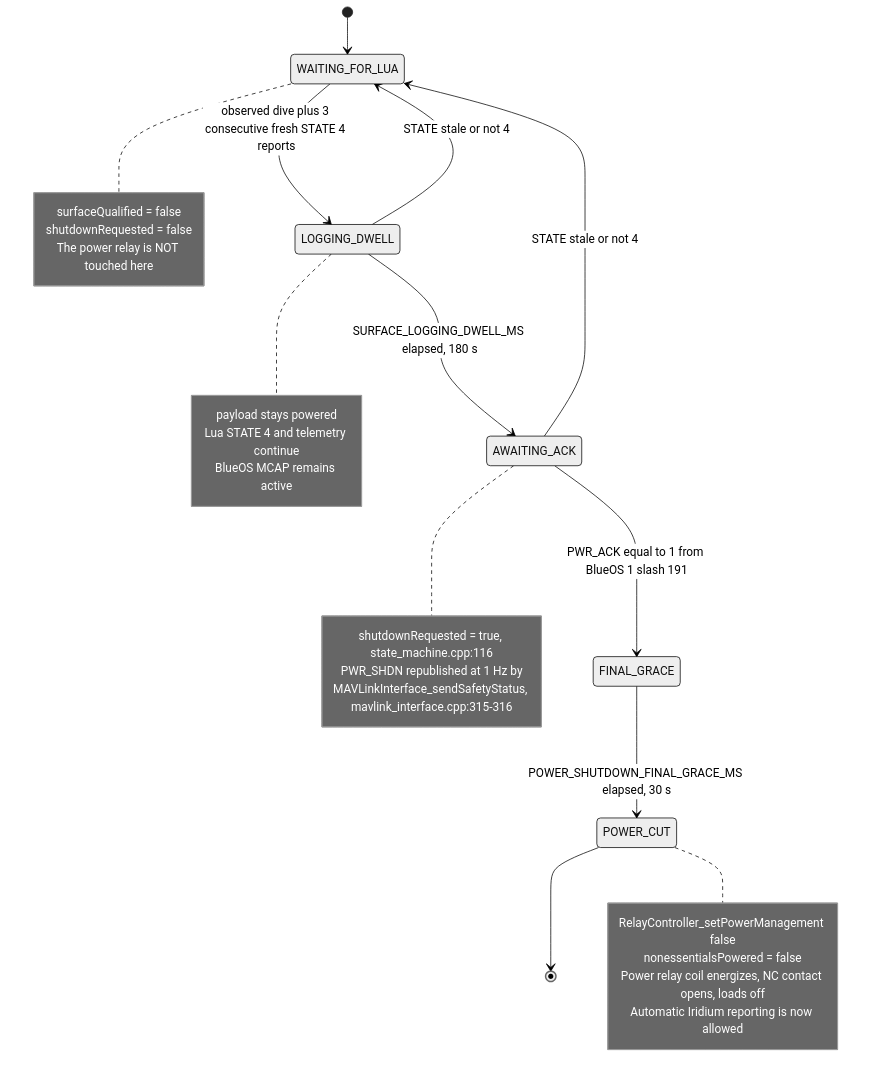
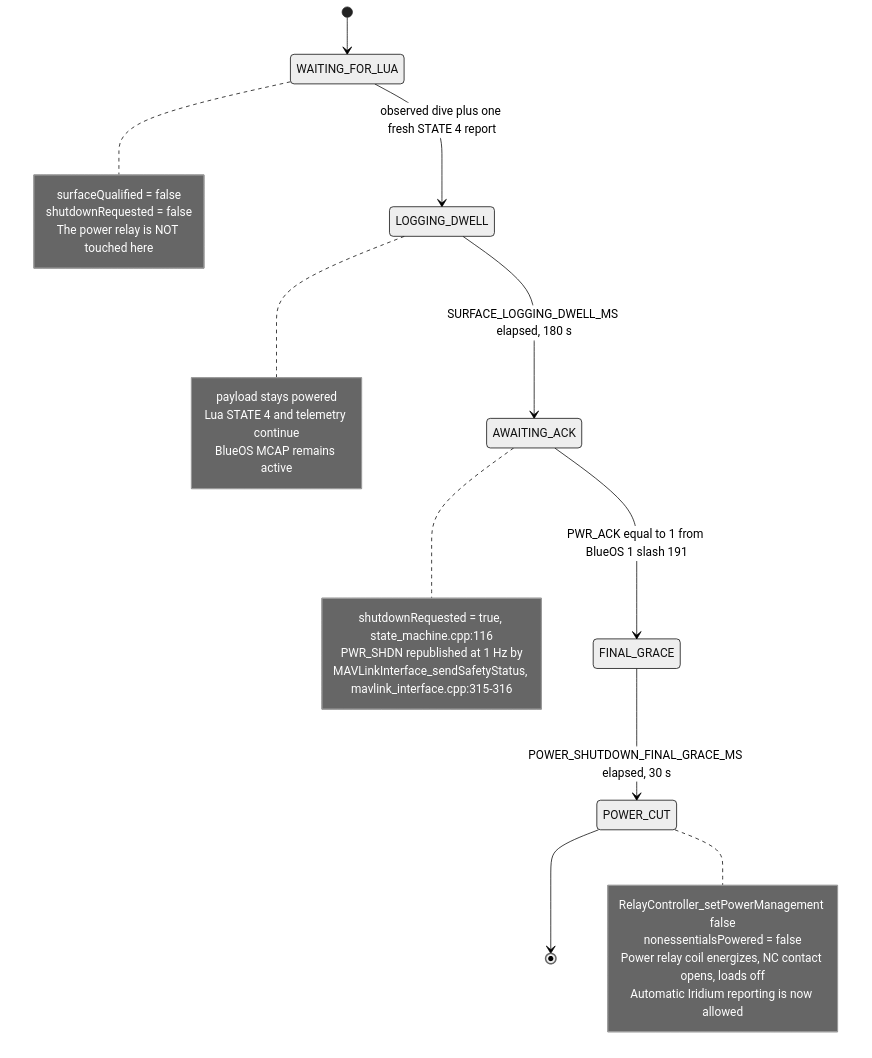
The third of 4 diagrams in docs/STATE_MACHINE_DIAGRAM.md (brianhBR/Doris-AGT-Firmware), drawn with Mermaid (neutral theme) before and after one commit. The commit also changed other lines of this file and 12 other files, not shown here.

````diff
--- a/docs/STATE_MACHINE_DIAGRAM.md
+++ b/docs/STATE_MACHINE_DIAGRAM.md
@@ -157,39 +157,37 @@
 ```mermaid
 stateDiagram-v2
     direction TB
 
     [*] --> WAITING_FOR_LUA
 
-    WAITING_FOR_LUA --> LOGGING_DWELL : observed dive plus 3 consecutive fresh STATE 4 reports
-    LOGGING_DWELL --> WAITING_FOR_LUA : STATE stale or not 4
+    WAITING_FOR_LUA --> LOGGING_DWELL : observed dive plus one fresh STATE 4 report
     LOGGING_DWELL --> AWAITING_ACK : SURFACE_LOGGING_DWELL_MS elapsed, 180 s
-    AWAITING_ACK --> WAITING_FOR_LUA : STATE stale or not 4
     AWAITING_ACK --> FINAL_GRACE : PWR_ACK equal to 1 from BlueOS 1 slash 191
     FINAL_GRACE --> POWER_CUT : POWER_SHUTDOWN_FINAL_GRACE_MS elapsed, 30 s
     POWER_CUT --> [*]
 
     note right of WAITING_FOR_LUA
         surfaceQualified = false
         shutdownRequested = false
         The power relay is NOT touched here
     end note
 
     note right of LOGGING_DWELL
         payload stays powered
         Lua STATE 4 and telemetry continue
         BlueOS MCAP remains active
     end note
 
     note right of AWAITING_ACK
         shutdownRequested = true, state_machine.cpp:116
         PWR_SHDN republished at 1 Hz by
         MAVLinkInterface_sendSafetyStatus, mavlink_interface.cpp:315-316
     end note
 
     note right of POWER_CUT
         RelayController_setPowerManagement false
         nonessentialsPowered = false
         Power relay coil energizes, NC contact opens, loads off
         Automatic Iridium reporting is now allowed
     end note
 ```
````
